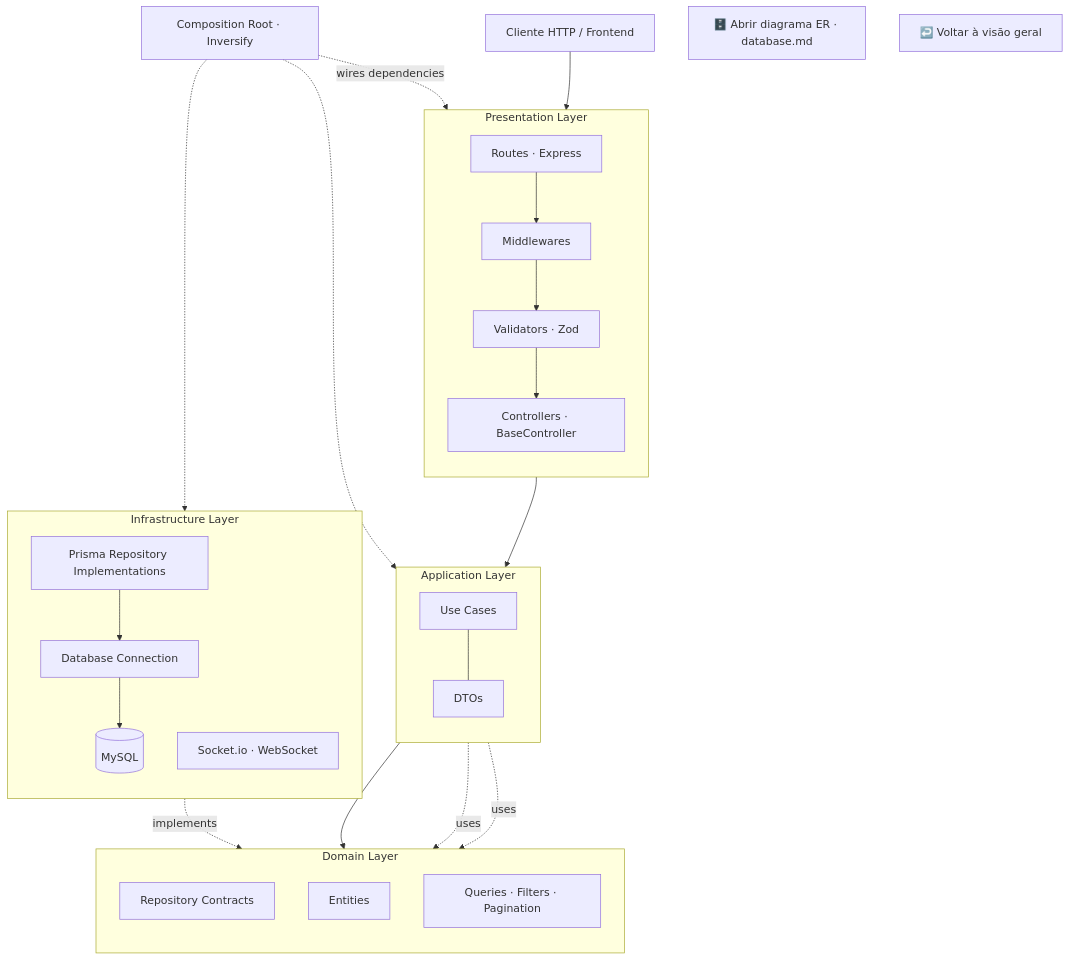
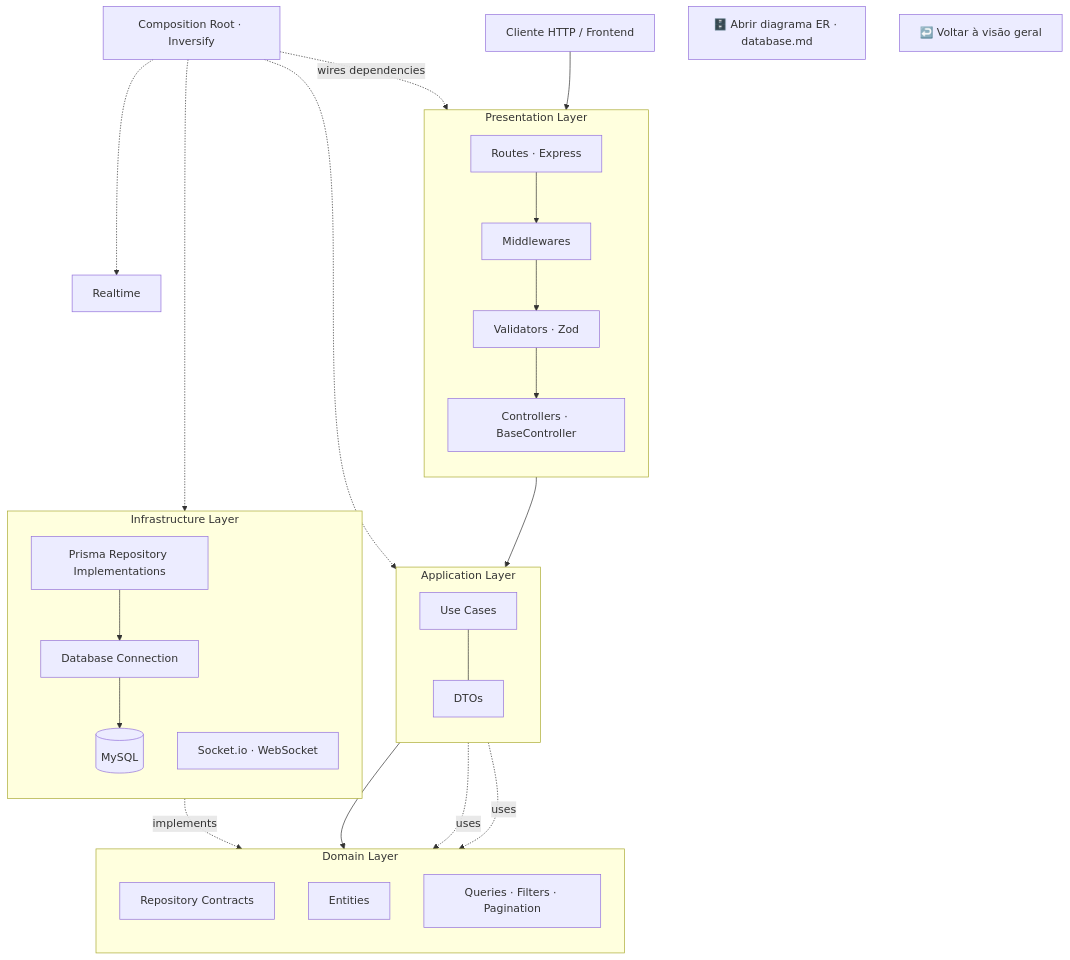
Before and after one commit to DiegoSantos18/NATIVE.CustomerManagement.API: the diagram in docs/architecture.md, drawn with Mermaid. The commit also changed 17 other files, not shown here.

````diff
--- a/docs/architecture.md
+++ b/docs/architecture.md
@@ -9,51 +9,52 @@
 ```mermaid
 flowchart TB
     Client["Cliente HTTP / Frontend"] --> Routes
 
     subgraph Presentation["Presentation Layer"]
         direction TB
         Routes["Routes · Express"] --> Middlewares["Middlewares"]
         Middlewares --> Validators["Validators · Zod"]
         Validators --> Controllers["Controllers · BaseController"]
     end
 
     Controllers --> UseCases
 
     subgraph Application["Application Layer"]
         direction TB
         UseCases["Use Cases"]
         DTOs["DTOs"]
         UseCases --- DTOs
     end
 
     UseCases --> Contracts
 
     subgraph Domain["Domain Layer"]
         direction TB
         Entities["Entities"]
         Queries["Queries · Filters · Pagination"]
         Contracts["Repository Contracts"]
     end
 
     subgraph Infrastructure["Infrastructure Layer"]
         direction TB
         PrismaRepo["Prisma Repository Implementations"]
         Database["Database Connection"]
         MySQL[("MySQL")]
         WebSocket["Socket.io · WebSocket"]
         PrismaRepo --> Database --> MySQL
     end
 
     PrismaRepo -. "implements" .-> Contracts
     UseCases -. "uses" .-> Entities
     UseCases -. "uses" .-> Queries
 
     Composition["Composition Root · Inversify"] -. "wires dependencies" .-> Controllers
     Composition -.-> UseCases
     Composition -.-> PrismaRepo
+    Composition -.-> Realtime
 
     DatabaseDoc["🗄️ Abrir diagrama ER · database.md"]
     Overview["↩️ Voltar à visão geral"]
     click DatabaseDoc "./database.md#modelo-de-dados" "Abrir o diagrama ER do banco"
     click Overview "../README.md" "Voltar ao README"
 ```
````
